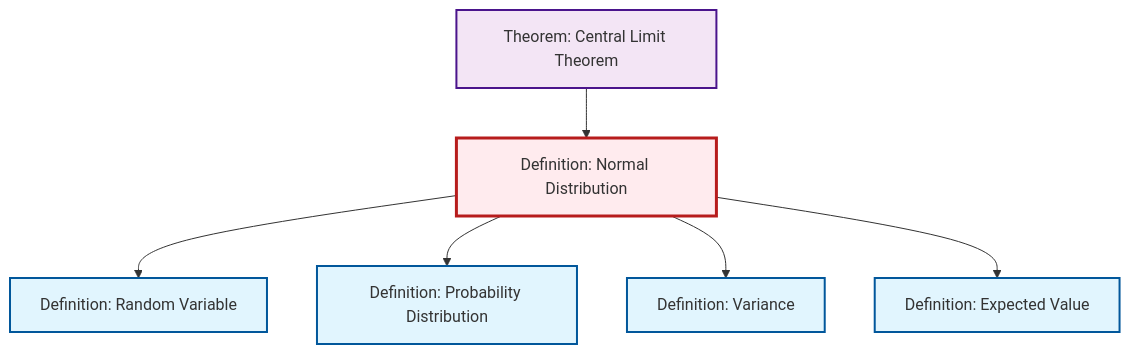
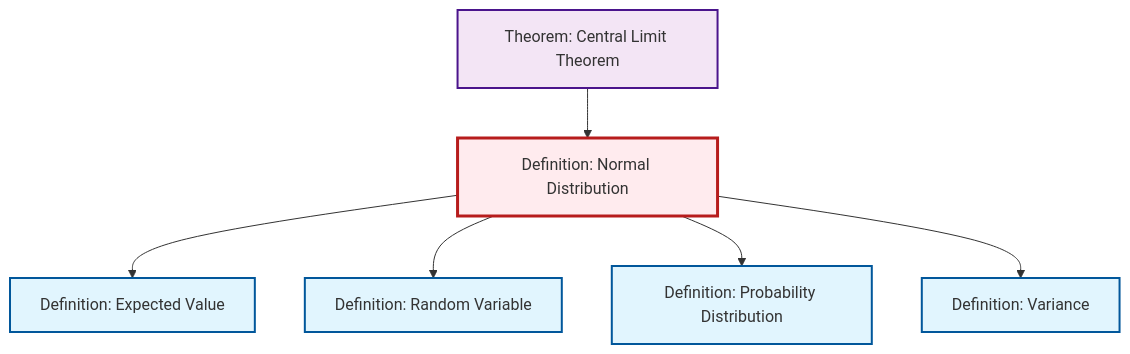
The diagram in content/ja/probability-statistics/def-normal-distribution.qmd (RK0429/ModernMath), drawn with Mermaid before and after one commit. The commit also changed other lines of this file and 654 other files, not shown here.

````diff
--- a/content/ja/probability-statistics/def-normal-distribution.qmd
+++ b/content/ja/probability-statistics/def-normal-distribution.qmd
@@ -130,26 +130,26 @@
 ```{mermaid}
 %%| fig-cap: "Local dependency graph"
 graph TD
     classDef definition fill:#e1f5fe,stroke:#01579b,stroke-width:2px
     classDef theorem fill:#f3e5f5,stroke:#4a148c,stroke-width:2px
     classDef axiom fill:#fff3e0,stroke:#e65100,stroke-width:2px
     classDef example fill:#e8f5e9,stroke:#1b5e20,stroke-width:2px
     classDef current fill:#ffebee,stroke:#b71c1c,stroke-width:3px
+    def-normal-distribution["Definition: Normal Distribution"]:::definition
+    def-expectation["Definition: Expected Value"]:::definition
+    def-probability-distribution["Definition: Probability Distribution"]:::definition
+    def-variance["Definition: Variance"]:::definition
+    def-random-variable["Definition: Random Variable"]:::definition
     thm-central-limit["Theorem: Central Limit Theorem"]:::theorem
-    def-expectation["Definition: Expected Value"]:::definition
-    def-variance["Definition: Variance"]:::definition
-    def-probability-distribution["Definition: Probability Distribution"]:::definition
-    def-normal-distribution["Definition: Normal Distribution"]:::definition
-    def-random-variable["Definition: Random Variable"]:::definition
+    thm-central-limit --> def-normal-distribution
+    def-normal-distribution --> def-expectation
     def-normal-distribution --> def-random-variable
     def-normal-distribution --> def-probability-distribution
     def-normal-distribution --> def-variance
-    def-normal-distribution --> def-expectation
-    thm-central-limit --> def-normal-distribution
     class def-normal-distribution current
+    click def-expectation "def-expectation.html" "Definition: Expected Valueへ"
+    click def-probability-distribution "def-probability-distribution.html" "Definition: Probability Distributionへ"
+    click def-variance "def-variance.html" "Definition: Varianceへ"
+    click def-random-variable "def-random-variable.html" "Definition: Random Variableへ"
     click thm-central-limit "thm-central-limit.html" "Theorem: Central Limit Theoremへ"
-    click def-expectation "def-expectation.html" "Definition: Expected Valueへ"
-    click def-variance "def-variance.html" "Definition: Varianceへ"
-    click def-probability-distribution "def-probability-distribution.html" "Definition: Probability Distributionへ"
-    click def-random-variable "def-random-variable.html" "Definition: Random Variableへ"
 ```
````
